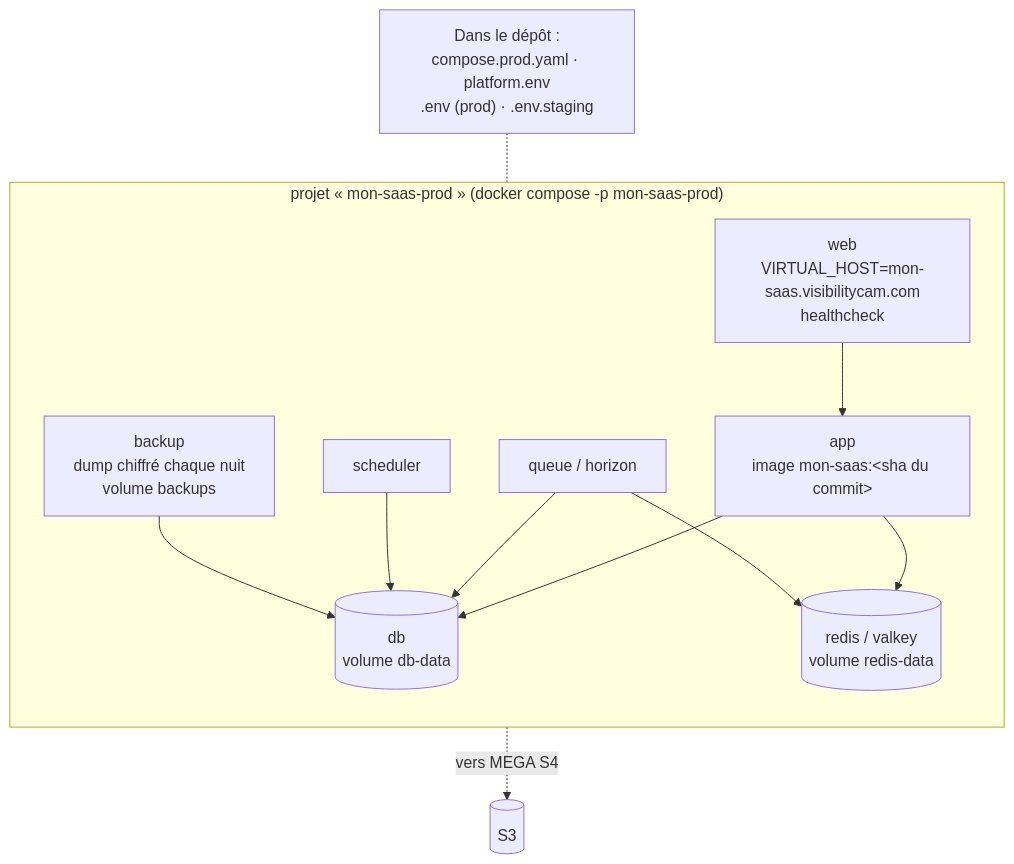
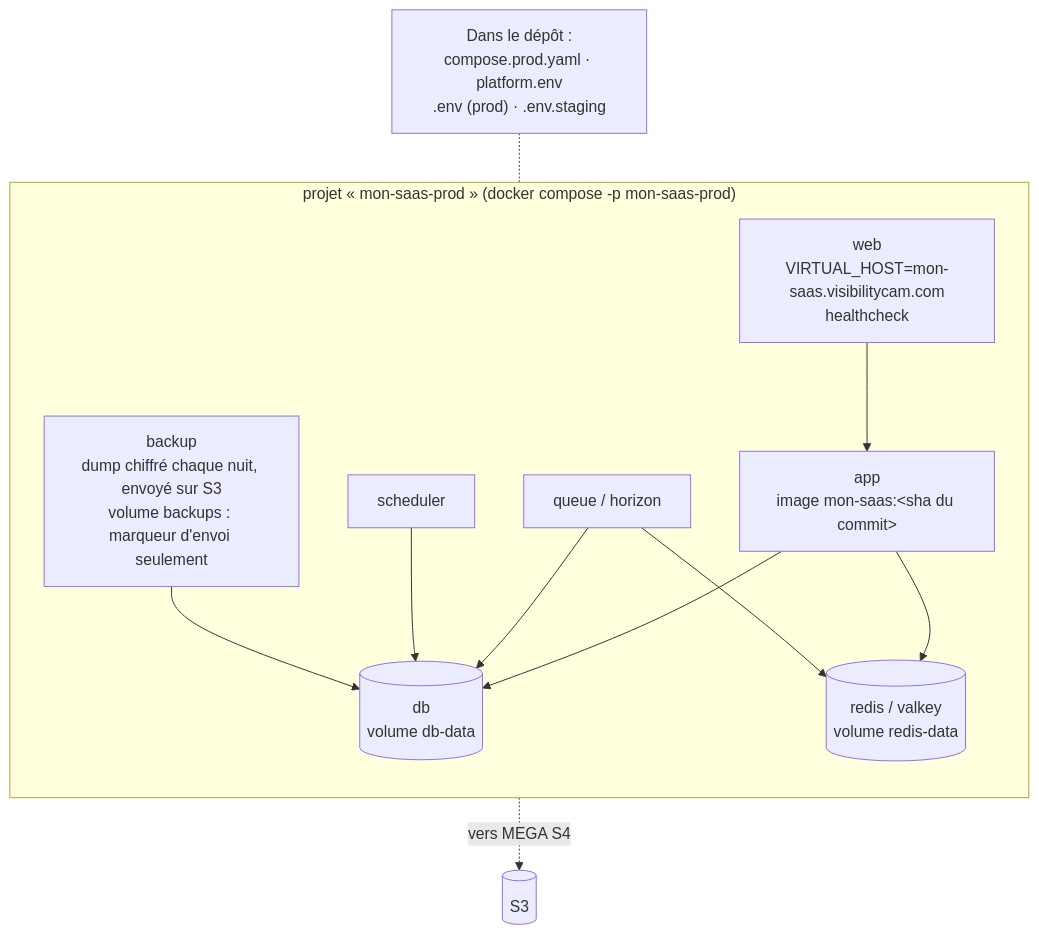
Before and after one commit to wilfreidlando/vcam-infra-deploy: the fifth of 13 diagrams in docs/01-schemas.md, drawn with Mermaid. The commit also changed other lines of this file and 20 other files, not shown here.

````diff
--- a/docs/01-schemas.md
+++ b/docs/01-schemas.md
@@ -205,22 +205,22 @@
 ```mermaid
 flowchart TB
     subgraph Projet["projet « mon-saas-prod » (docker compose -p mon-saas-prod)"]
         direction TB
         Web["web<br/>VIRTUAL_HOST=mon-saas.visibilitycam.com<br/>healthcheck"]
         App["app<br/>image mon-saas:&lt;sha du commit&gt;"]
         Queue["queue / horizon"]
         Sched["scheduler"]
         DB[("db<br/>volume db-data")]
         Cache[("redis / valkey<br/>volume redis-data")]
-        Backup["backup<br/>dump chiffré chaque nuit<br/>volume backups"]
+        Backup["backup<br/>dump chiffré chaque nuit, envoyé sur S3<br/>volume backups : marqueur d'envoi seulement"]
     end
 
     Web --> App
     App --> DB & Cache
     Queue --> DB & Cache
     Sched --> DB
     Backup --> DB
     Backup -. "vers MEGA S4" .-> S3[("S3")]
 
     Files["Dans le dépôt :<br/>compose.prod.yaml · platform.env<br/>.env (prod) · .env.staging"] -.- Projet
 ```
````
